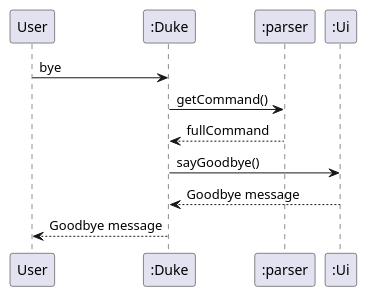
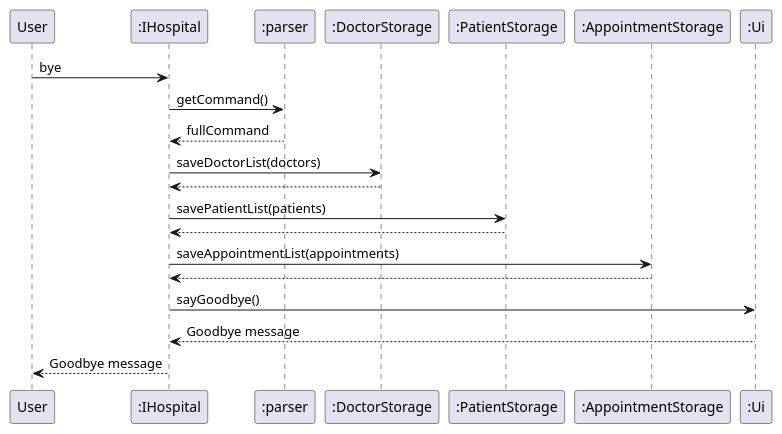
Before and after one commit to nus-cs2113-AY2122S2/tp: the diagram in docs/ByeCommand.puml, drawn with PlantUML. The commit also changed 4 other files, not shown here.

```diff
--- a/docs/ByeCommand.puml
+++ b/docs/ByeCommand.puml
@@ -1,13 +1,21 @@
 @startuml
 'https://plantuml.com/sequence-diagram
 
 
-User -> ":Duke": bye
-":Duke" -> ":parser": getCommand()
-":parser" --> ":Duke": fullCommand
-":Duke" -> ":Ui": sayGoodbye()
-":Ui" --> ":Duke": Goodbye message
-":Duke" --> User: Goodbye message
+User -> ":IHospital": bye
+":IHospital" -> ":parser": getCommand()
+":parser" --> ":IHospital": fullCommand
+
+":IHospital" -> ":DoctorStorage": saveDoctorList(doctors)
+":DoctorStorage" --> ":IHospital"
+":IHospital" -> ":PatientStorage": savePatientList(patients)
+":PatientStorage" --> ":IHospital"
+":IHospital" -> ":AppointmentStorage": saveAppointmentList(appointments)
+":AppointmentStorage" --> ":IHospital"
+
+":IHospital" -> ":Ui": sayGoodbye()
+":Ui" --> ":IHospital": Goodbye message
+":IHospital" --> User: Goodbye message
 
 
 @enduml
```
